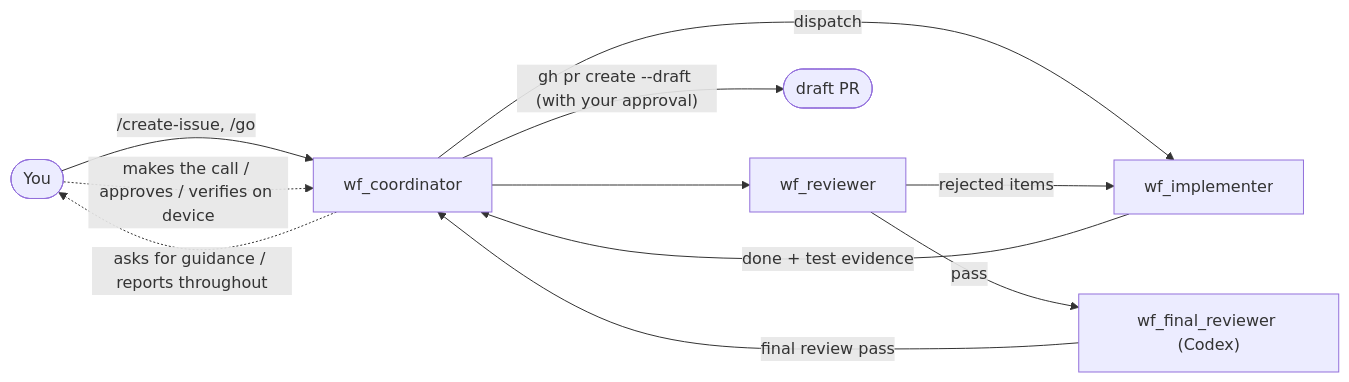
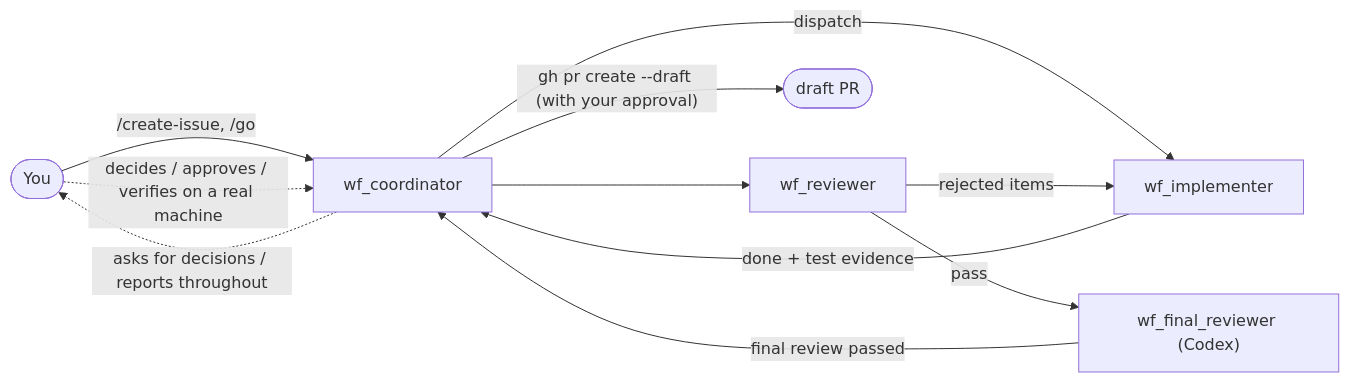
Before and after one commit to Project-Robius-China/robrix2: the diagram in book/en/src/part2/issue-workflow.md, drawn with Mermaid. The commit also changed other lines of this file and 17 other files, not shown here.

````diff
--- a/book/en/src/part2/issue-workflow.md
+++ b/book/en/src/part2/issue-workflow.md
@@ -18,13 +18,13 @@
 ```mermaid
 flowchart LR
     H([You]) -- "/create-issue, /go" --> C[wf_coordinator]
     C -- dispatch --> I[wf_implementer]
     I -- done + test evidence --> C
     C --> R[wf_reviewer]
     R -- rejected items --> I
     R -- pass --> F["wf_final_reviewer (Codex)"]
-    F -- final review pass --> C
+    F -- final review passed --> C
     C -- "gh pr create --draft (with your approval)" --> PR([draft PR])
-    C -. asks for guidance / reports throughout .-> H
-    H -. makes the call / approves / verifies on device .-> C
+    C -. asks for decisions / reports throughout .-> H
+    H -. decides / approves / verifies on a real machine .-> C
 ```
````
